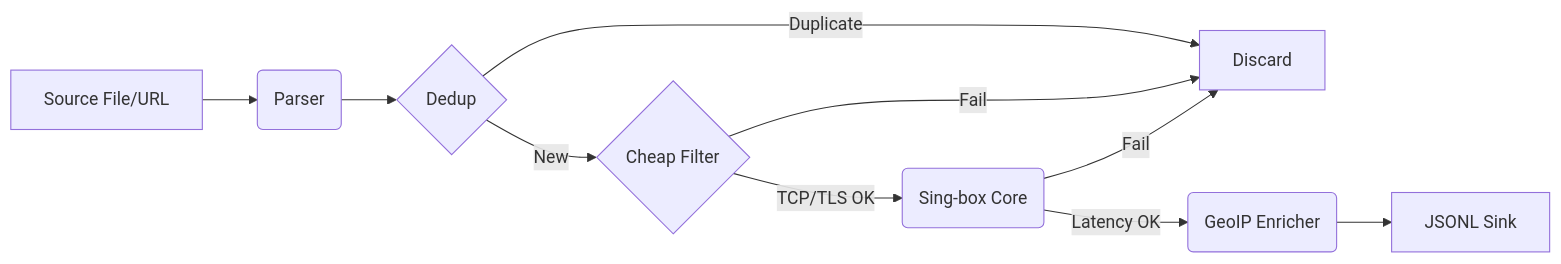
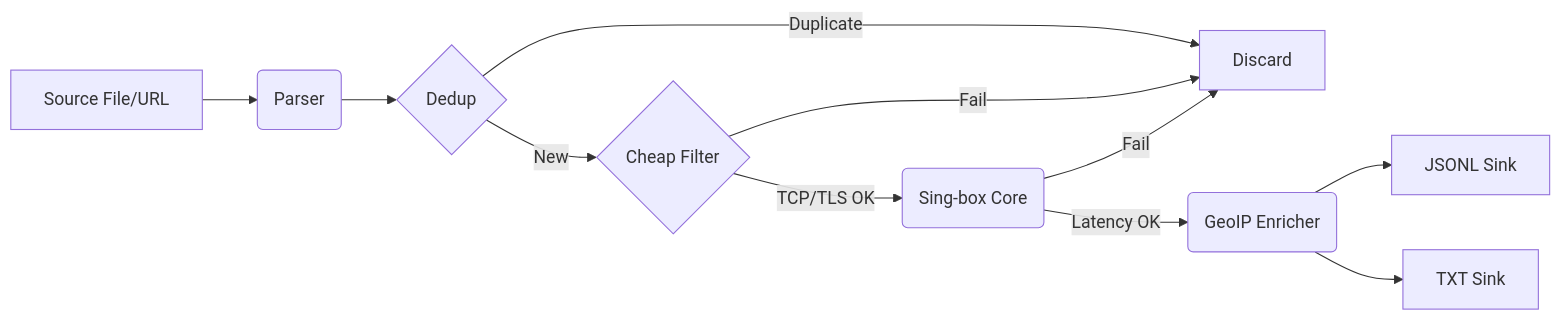
One commit to SajadMRjl/find-me-internet changed the diagram in README.md. Above: the diagram before and after it, drawn with Mermaid. The commit also changed other lines of this file and 6 other files, not shown here.

````diff
--- a/README.md
+++ b/README.md
@@ -11,13 +13,14 @@
 ```mermaid
 graph LR
     A[Source File/URL] --> B(Parser)
     B --> C{Dedup}
     C -- New --> D{Cheap Filter}
     C -- Duplicate --> X[Discard]
     D -- TCP/TLS OK --> E(Sing-box Core)
     D -- Fail --> X
     E -- Latency OK --> F(GeoIP Enricher)
     E -- Fail --> X
     F --> G[JSONL Sink]
+    F --> H[TXT Sink]
 
 ```
````
